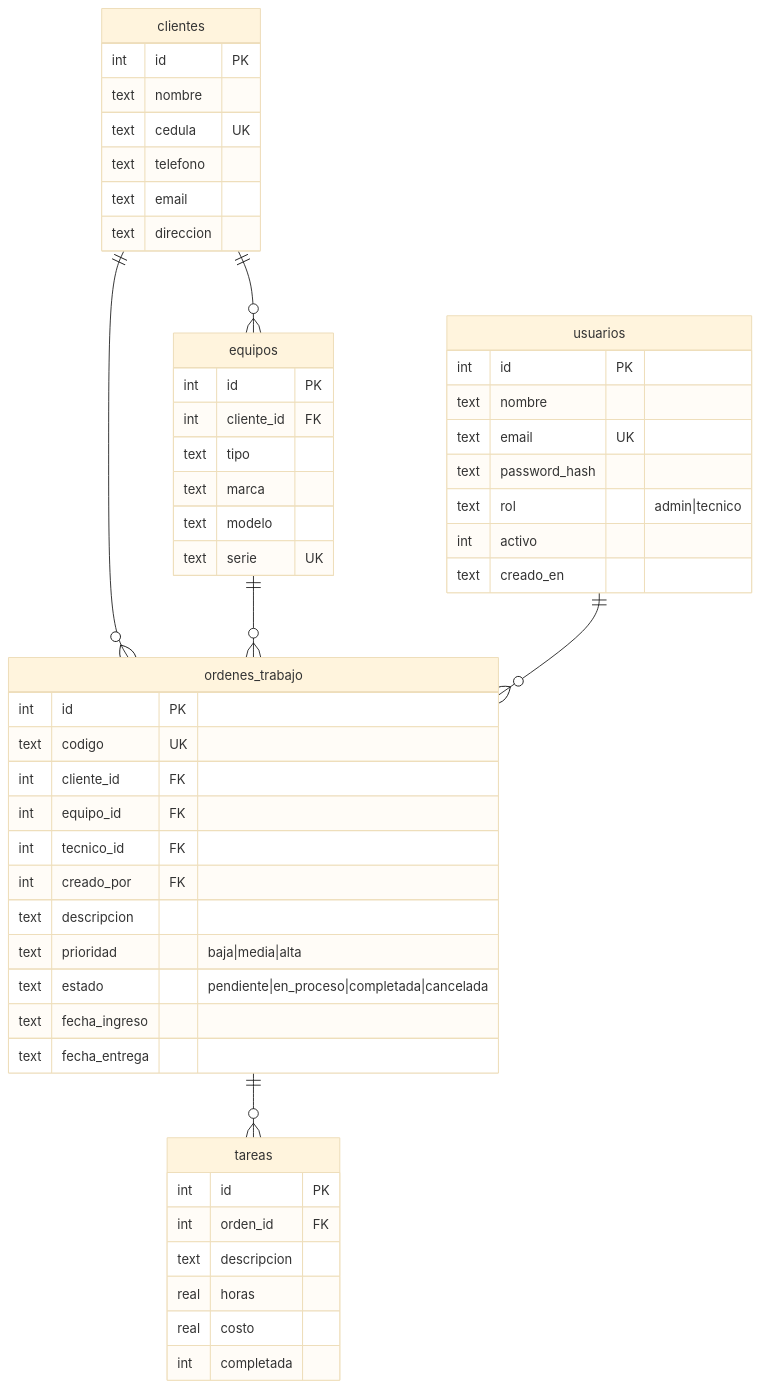
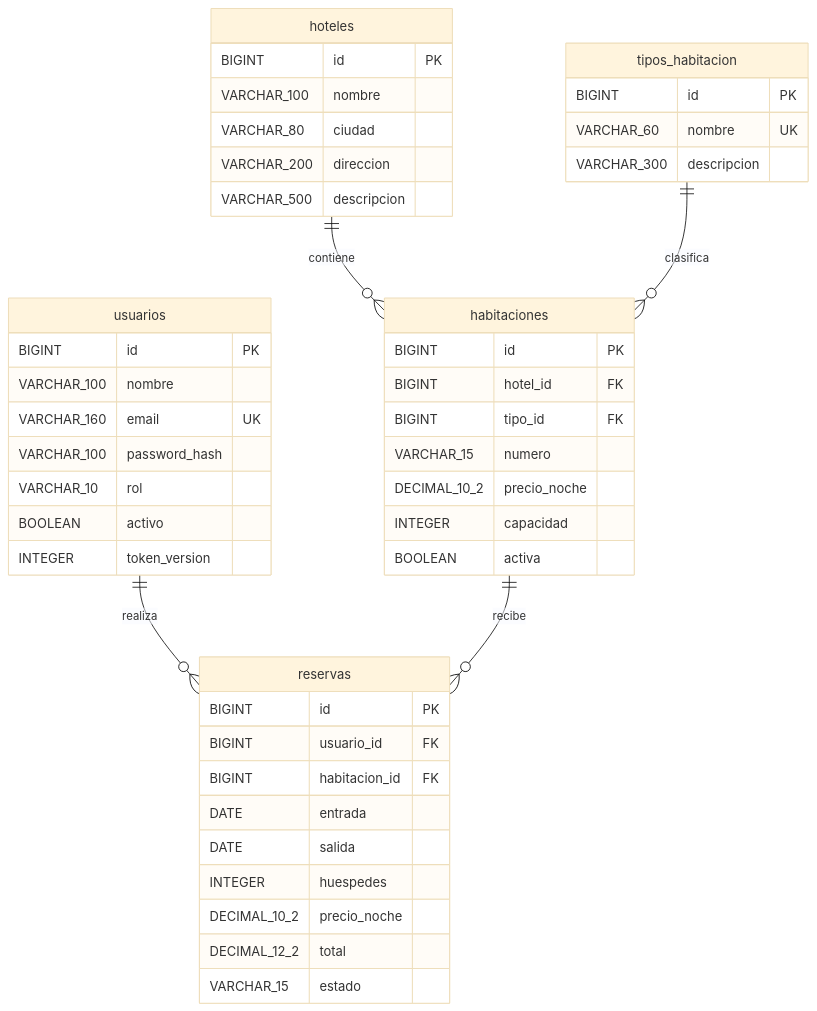
Before and after one commit to LFPINOSC/examenInterciclo: the second of 2 diagrams in docs/DISENO.md, drawn with Mermaid (base theme). The commit also changed other lines of this file and 79 other files, not shown here.

````diff
--- a/docs/DISENO.md
+++ b/docs/DISENO.md
@@ -23,44 +32,48 @@
 ```mermaid
 erDiagram
-  usuarios { int id PK
-    text nombre
-    text email UK
-    text password_hash
-    text rol "admin|tecnico"
-    int activo
-    text creado_en }
-  clientes { int id PK
-    text nombre
-    text cedula UK
-    text telefono
-    text email
-    text direccion }
-  equipos { int id PK
-    int cliente_id FK
-    text tipo
-    text marca
-    text modelo
-    text serie UK }
-  ordenes_trabajo { int id PK
-    text codigo UK
-    int cliente_id FK
-    int equipo_id FK
-    int tecnico_id FK
-    int creado_por FK
-    text descripcion
-    text prioridad "baja|media|alta"
-    text estado "pendiente|en_proceso|completada|cancelada"
-    text fecha_ingreso
-    text fecha_entrega }
-  tareas { int id PK
-    int orden_id FK
-    text descripcion
-    real horas
-    real costo
-    int completada }
-  clientes ||--o{ equipos : ""
-  clientes ||--o{ ordenes_trabajo : ""
-  equipos ||--o{ ordenes_trabajo : ""
-  usuarios ||--o{ ordenes_trabajo : ""
-  ordenes_trabajo ||--o{ tareas : ""
+ usuarios {
+ BIGINT id PK
+ VARCHAR_100 nombre
+ VARCHAR_160 email UK
+ VARCHAR_100 password_hash
+ VARCHAR_10 rol
+ BOOLEAN activo
+ INTEGER token_version
+ }
+ hoteles {
+ BIGINT id PK
+ VARCHAR_100 nombre
+ VARCHAR_80 ciudad
+ VARCHAR_200 direccion
+ VARCHAR_500 descripcion
+ }
+ tipos_habitacion {
+ BIGINT id PK
+ VARCHAR_60 nombre UK
+ VARCHAR_300 descripcion
+ }
+ habitaciones {
+ BIGINT id PK
+ BIGINT hotel_id FK
+ BIGINT tipo_id FK
+ VARCHAR_15 numero
+ DECIMAL_10_2 precio_noche
+ INTEGER capacidad
+ BOOLEAN activa
+ }
+ reservas {
+ BIGINT id PK
+ BIGINT usuario_id FK
+ BIGINT habitacion_id FK
+ DATE entrada
+ DATE salida
+ INTEGER huespedes
+ DECIMAL_10_2 precio_noche
+ DECIMAL_12_2 total
+ VARCHAR_15 estado
+ }
+ hoteles ||--o{ habitaciones : contiene
+ tipos_habitacion ||--o{ habitaciones : clasifica
+ usuarios ||--o{ reservas : realiza
+ habitaciones ||--o{ reservas : recibe
 ```
````
